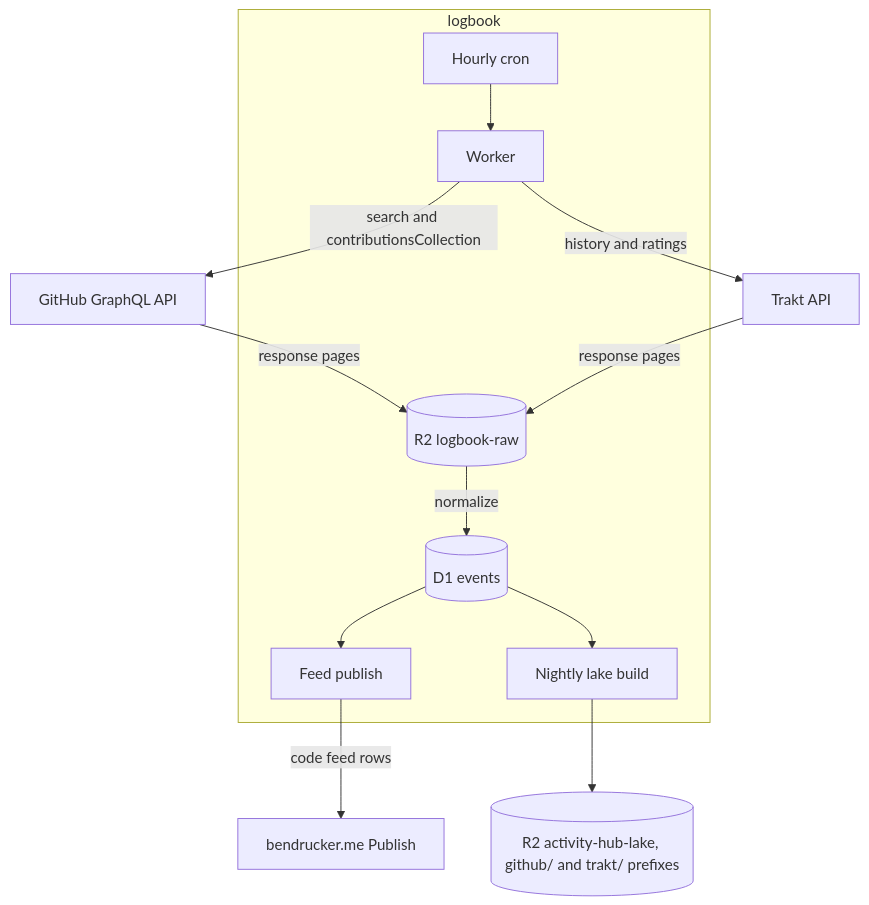
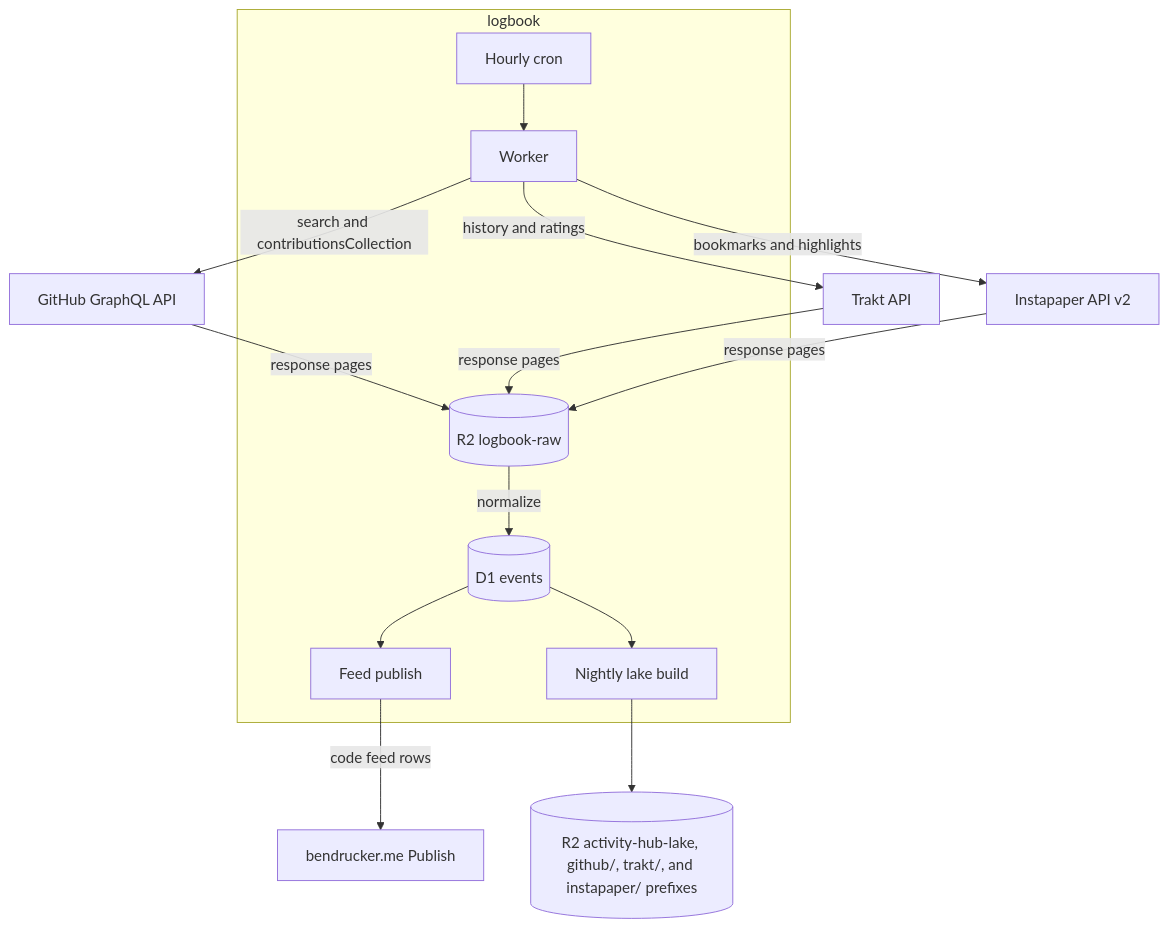
Before and after one commit to bendrucker/logbook: the diagram in README.md, drawn with Mermaid. The commit also changed other lines of this file and 44 other files, not shown here.

````diff
--- a/README.md
+++ b/README.md
@@ -17,26 +17,29 @@
 ```mermaid
 flowchart TB
     api[GitHub GraphQL API]
 
     subgraph hub [logbook]
         cron[Hourly cron]
         worker[Worker]
         raw[(R2 logbook-raw)]
         d1[(D1 events)]
         feed[Feed publish]
         lakecron[Nightly lake build]
     end
 
     trakt[Trakt API]
-    lake[(R2 activity-hub-lake, github/ and trakt/ prefixes)]
+    instapaper[Instapaper API v2]
+    lake[(R2 activity-hub-lake, github/, trakt/, and instapaper/ prefixes)]
     site[bendrucker.me Publish]
 
     cron --> worker
     worker -->|search and contributionsCollection| api
     worker -->|history and ratings| trakt
+    worker -->|bookmarks and highlights| instapaper
     api -->|response pages| raw
     trakt -->|response pages| raw
+    instapaper -->|response pages| raw
     raw -->|normalize| d1
     d1 --> feed -->|code feed rows| site
     d1 --> lakecron --> lake
 ```
````
